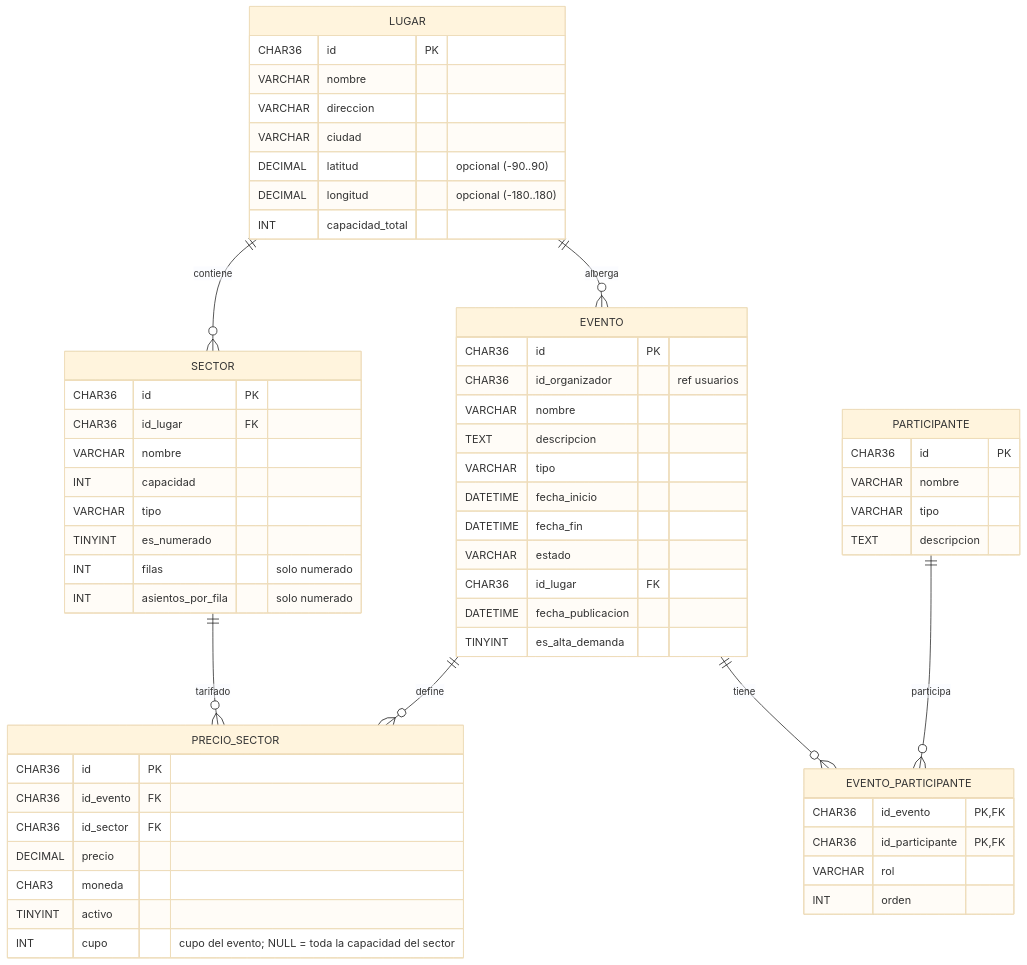
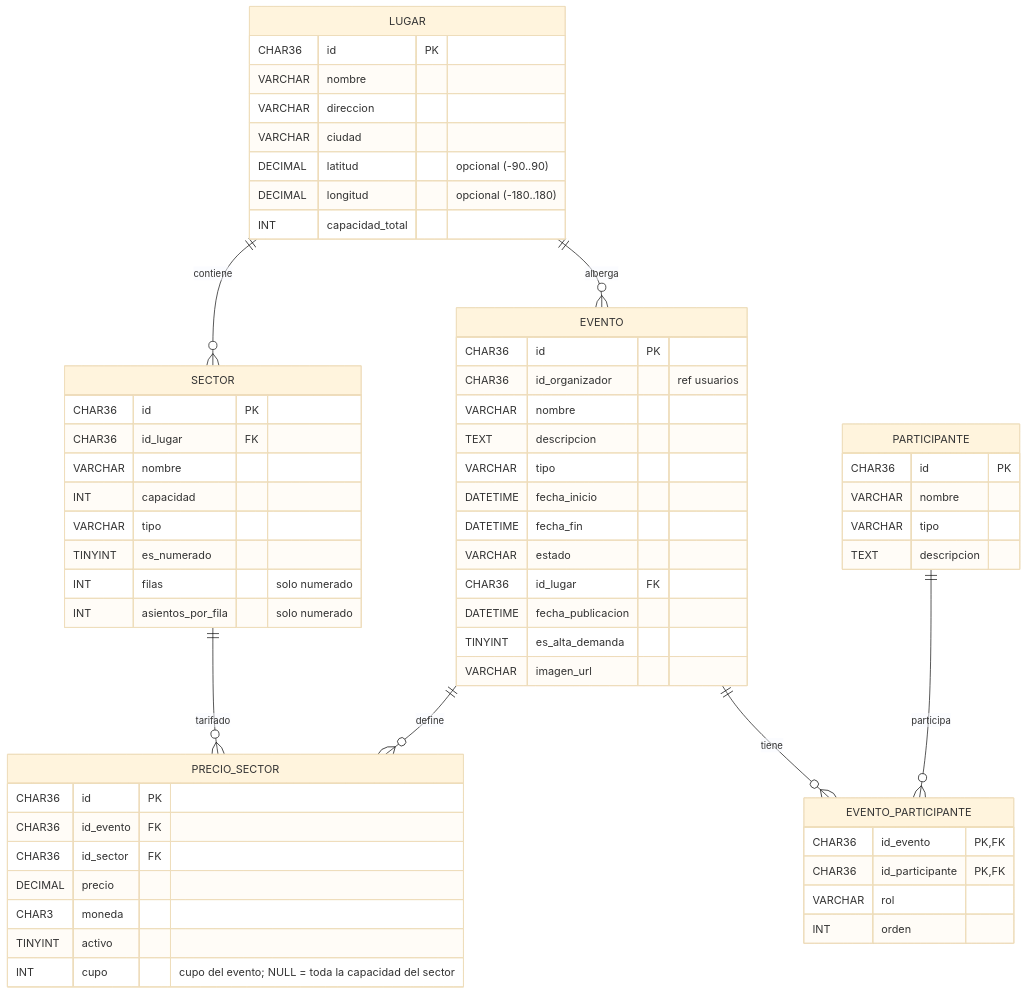
Before and after one commit to florAlar/ticketYa: the second of 5 diagrams in Backend/docs/modelo-datos.md, drawn with Mermaid (base theme). The commit also changed 15 other files, not shown here.

Commit message:
feat(eventos): portada del evento por URL (imagen_url) y datos demo con portadas, cupos y eventos nuevos

````diff
--- a/Backend/docs/modelo-datos.md
+++ b/Backend/docs/modelo-datos.md
@@ -53,63 +53,64 @@
 ```mermaid
 erDiagram
     LUGAR ||--o{ SECTOR : contiene
     LUGAR ||--o{ EVENTO : alberga
     EVENTO ||--o{ PRECIO_SECTOR : define
     SECTOR ||--o{ PRECIO_SECTOR : tarifado
     EVENTO ||--o{ EVENTO_PARTICIPANTE : tiene
     PARTICIPANTE ||--o{ EVENTO_PARTICIPANTE : participa
 
     LUGAR {
         CHAR36 id PK
         VARCHAR nombre
         VARCHAR direccion
         VARCHAR ciudad
         DECIMAL latitud "opcional (-90..90)"
         DECIMAL longitud "opcional (-180..180)"
         INT capacidad_total
     }
     SECTOR {
         CHAR36 id PK
         CHAR36 id_lugar FK
         VARCHAR nombre
         INT capacidad
         VARCHAR tipo
         TINYINT es_numerado
         INT filas "solo numerado"
         INT asientos_por_fila "solo numerado"
     }
     EVENTO {
         CHAR36 id PK
         CHAR36 id_organizador "ref usuarios"
         VARCHAR nombre
         TEXT descripcion
         VARCHAR tipo
         DATETIME fecha_inicio
         DATETIME fecha_fin
         VARCHAR estado
         CHAR36 id_lugar FK
         DATETIME fecha_publicacion
         TINYINT es_alta_demanda
+        VARCHAR imagen_url
     }
     PRECIO_SECTOR {
         CHAR36 id PK
         CHAR36 id_evento FK
         CHAR36 id_sector FK
         DECIMAL precio
         CHAR3 moneda
         TINYINT activo
         INT cupo "cupo del evento; NULL = toda la capacidad del sector"
     }
     PARTICIPANTE {
         CHAR36 id PK
         VARCHAR nombre
         VARCHAR tipo
         TEXT descripcion
     }
     EVENTO_PARTICIPANTE {
         CHAR36 id_evento PK,FK
         CHAR36 id_participante PK,FK
         VARCHAR rol
         INT orden
     }
 ```
````
